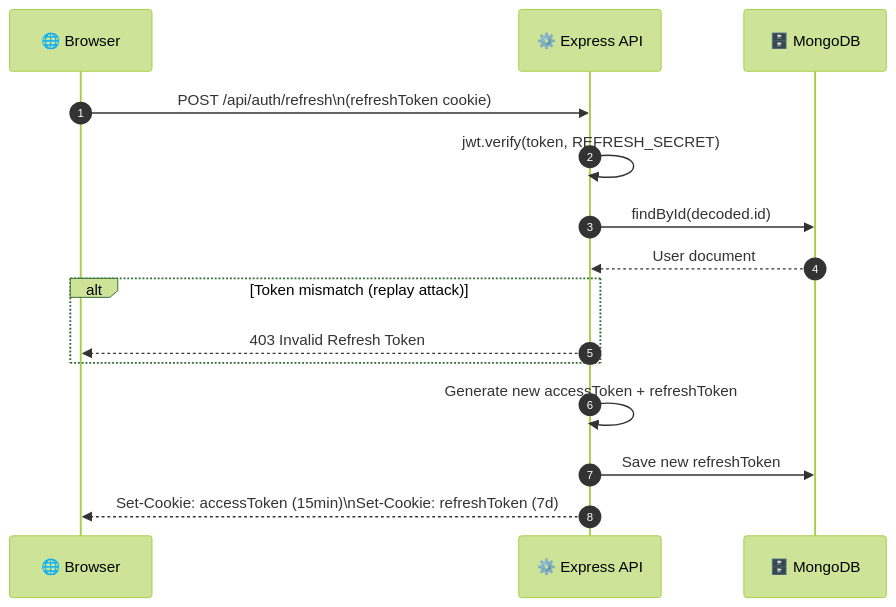
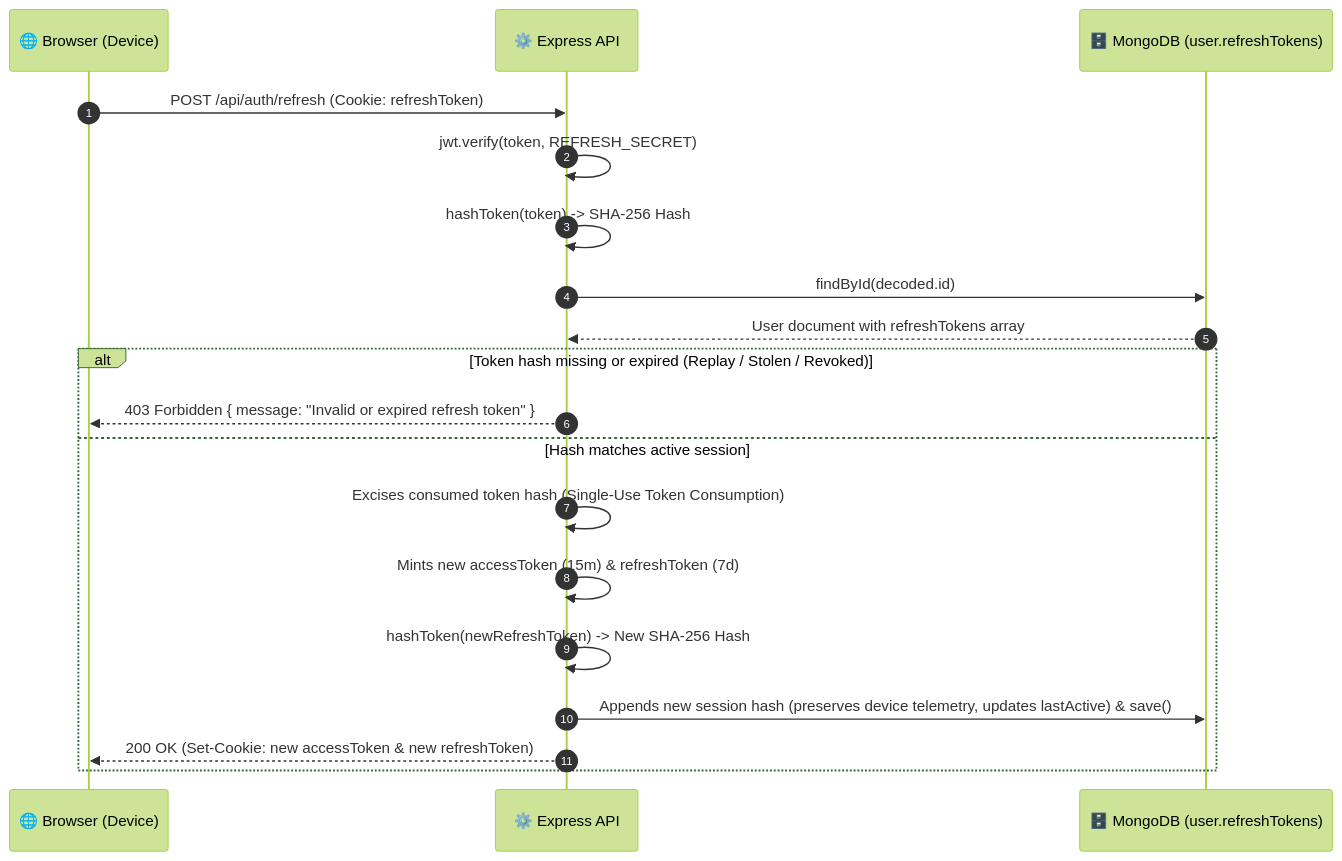
Before and after one commit to SahilSameer18/prepstack: the third of 4 diagrams in README.md, drawn with Mermaid (forest theme). The commit also changed other lines of this file and 2 other files, not shown here.

Commit message:
docs: update README with multi-device hashed auth, active sessions, and GDPR endpoints

````diff
--- a/README.md
+++ b/README.md
@@ -193,20 +196,23 @@
 ```mermaid
 sequenceDiagram
     autonumber
-    participant Browser as 🌐 Browser
+    participant Browser as 🌐 Browser (Device)
     participant API as ⚙️ Express API
-    participant DB as 🗄️ MongoDB
+    participant DB as 🗄️ MongoDB (user.refreshTokens)
 
-    Browser->>API: POST /api/auth/refresh\n(refreshToken cookie)
+    Browser->>API: POST /api/auth/refresh (Cookie: refreshToken)
     API->>API: jwt.verify(token, REFRESH_SECRET)
+    API->>API: hashToken(token) -> SHA-256 Hash
     API->>DB: findById(decoded.id)
-    DB-->>API: User document
+    DB-->>API: User document with refreshTokens array
 
-    alt Token mismatch (replay attack)
-        API-->>Browser: 403 Invalid Refresh Token
+    alt Token hash missing or expired (Replay / Stolen / Revoked)
+        API-->>Browser: 403 Forbidden { message: "Invalid or expired refresh token" }
+    else Hash matches active session
+        API->>API: Excises consumed token hash (Single-Use Token Consumption)
+        API->>API: Mints new accessToken (15m) & refreshToken (7d)
+        API->>API: hashToken(newRefreshToken) -> New SHA-256 Hash
+        API->>DB: Appends new session hash (preserves device telemetry, updates lastActive) & save()
+        API-->>Browser: 200 OK (Set-Cookie: new accessToken & new refreshToken)
     end
-
-    API->>API: Generate new accessToken + refreshToken
-    API->>DB: Save new refreshToken
-    API-->>Browser: Set-Cookie: accessToken (15min)\nSet-Cookie: refreshToken (7d)
 ```
````
